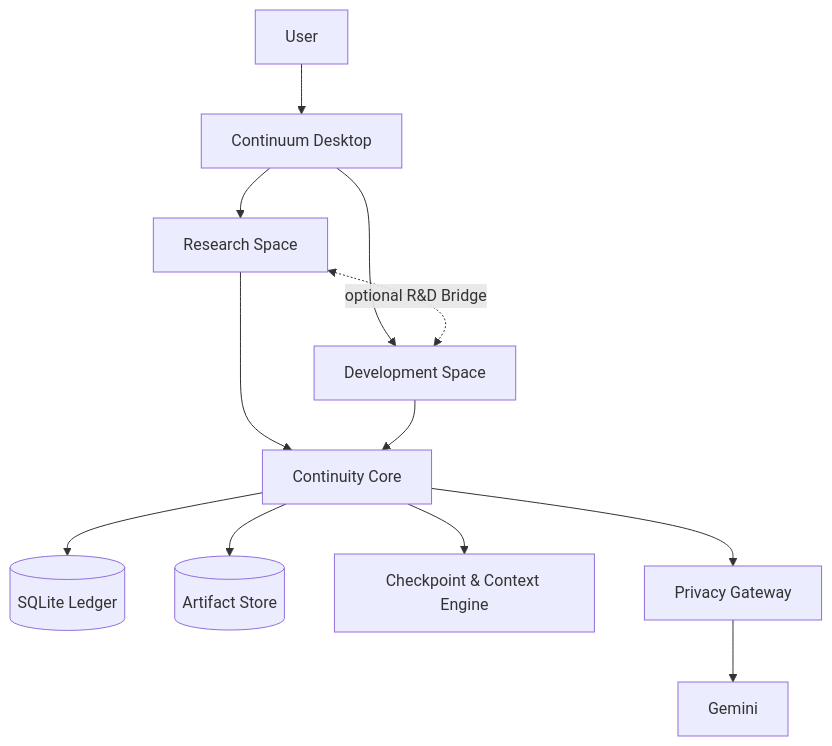
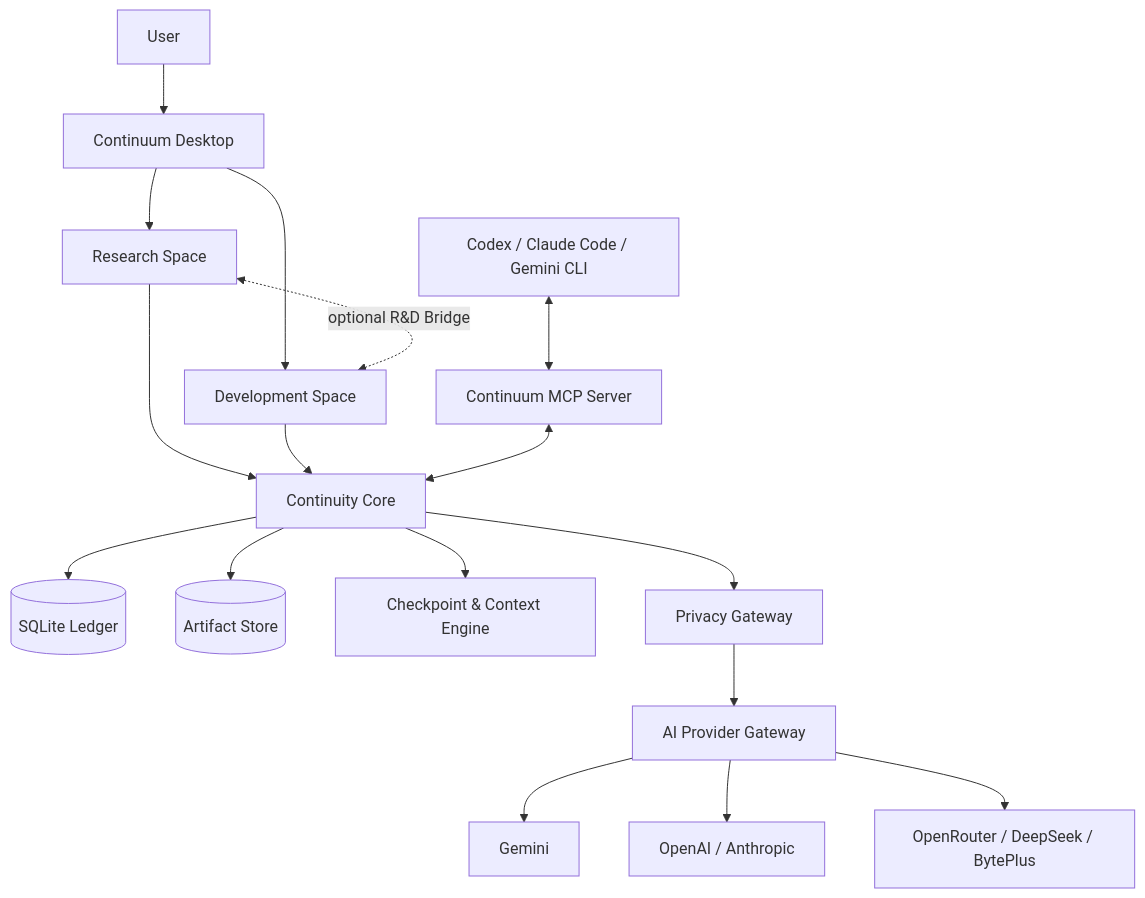
One commit to WiefranVarenzo/Continuum changed the first of 11 diagrams in docs/diagrams/CORE-ARCHITECTURE-DIAGRAMS.md. Above: the diagram before and after it, drawn with Mermaid. The commit also changed other lines of this file and 24 other files, not shown here.

````diff
--- a/docs/diagrams/CORE-ARCHITECTURE-DIAGRAMS.md
+++ b/docs/diagrams/CORE-ARCHITECTURE-DIAGRAMS.md
@@ -7,14 +7,19 @@
 ```mermaid
 flowchart TB
   U[User] --> UI[Continuum Desktop]
   UI --> RC[Research Space]
   UI --> DC[Development Space]
   RC <-. optional R&D Bridge .-> DC
   RC --> CC[Continuity Core]
   DC --> CC
   CC --> DB[(SQLite Ledger)]
   CC --> AS[(Artifact Store)]
   CC --> CE[Checkpoint & Context Engine]
   CC --> PG[Privacy Gateway]
-  PG --> GM[Gemini]
+  PG --> AIG[AI Provider Gateway]
+  AIG --> GM[Gemini]
+  AIG --> OA[OpenAI / Anthropic]
+  AIG --> OC[OpenRouter / DeepSeek / BytePlus]
+  MCP[Continuum MCP Server] <--> CC
+  Clients[Codex / Claude Code / Gemini CLI] <--> MCP
 ```
````
